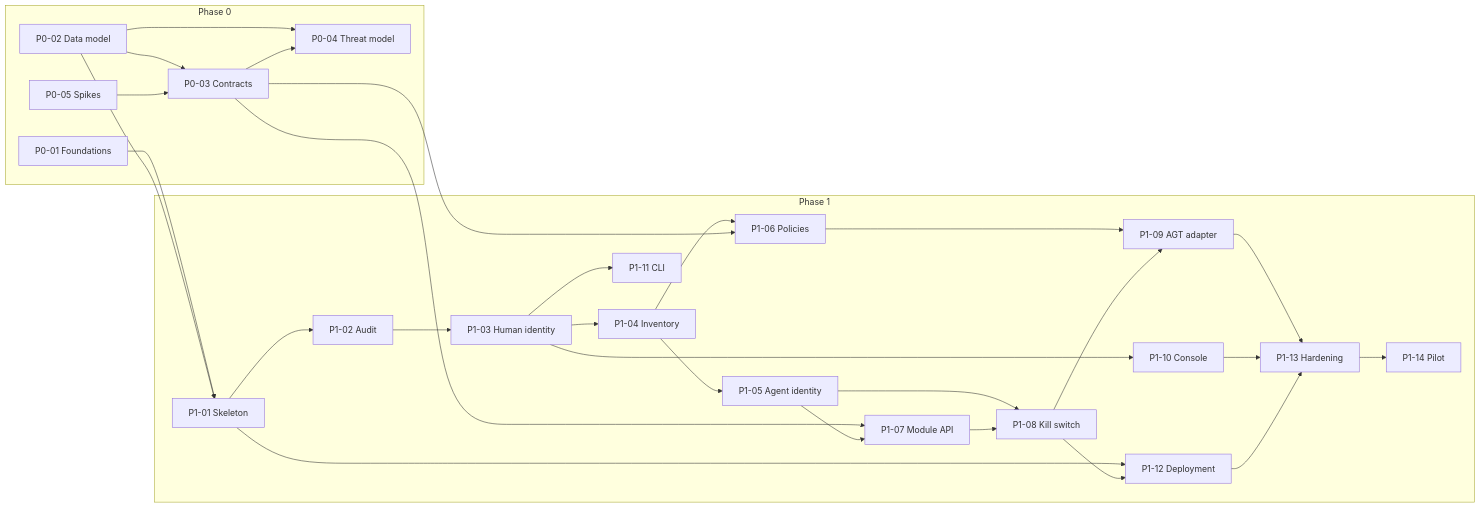
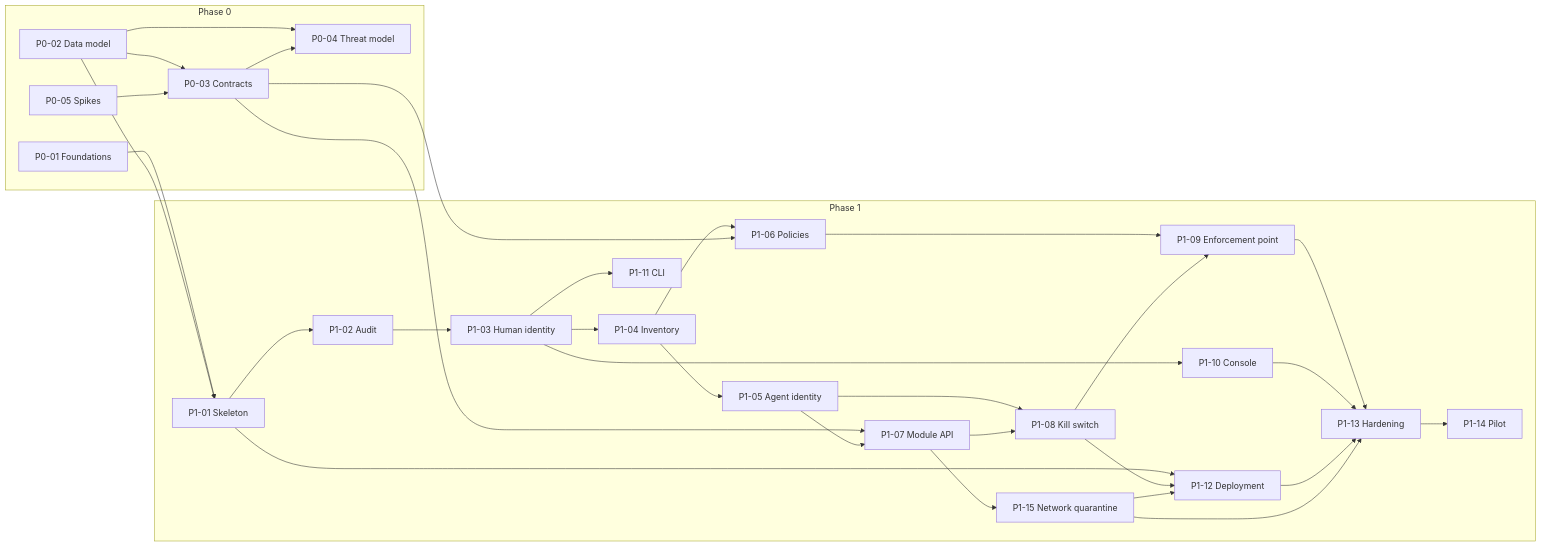
One commit to J466Y/WhiteTower changed the diagram in docs/plans/README.md. Above: the diagram before and after it, drawn with Mermaid. The commit also changed other lines of this file and 35 other files, not shown here.

````diff
--- a/docs/plans/README.md
+++ b/docs/plans/README.md
@@ -50,52 +51,56 @@
 ```mermaid
 flowchart LR
     subgraph P0[Phase 0]
         P001[P0-01 Foundations]
         P002[P0-02 Data model]
         P003[P0-03 Contracts]
         P004[P0-04 Threat model]
         P005[P0-05 Spikes]
     end
     subgraph P1[Phase 1]
         P101[P1-01 Skeleton]
         P102[P1-02 Audit]
         P103[P1-03 Human identity]
         P104[P1-04 Inventory]
         P105[P1-05 Agent identity]
         P106[P1-06 Policies]
         P107[P1-07 Module API]
         P108[P1-08 Kill switch]
-        P109[P1-09 AGT adapter]
+        P109[P1-09 Enforcement point]
         P110[P1-10 Console]
         P111[P1-11 CLI]
         P112[P1-12 Deployment]
         P113[P1-13 Hardening]
         P114[P1-14 Pilot]
+        P115[P1-15 Network quarantine]
     end
     P002 --> P003
     P005 --> P003
     P002 --> P004
     P003 --> P004
     P001 --> P101
     P002 --> P101
     P101 --> P102
     P102 --> P103
     P103 --> P104
     P104 --> P105
     P104 --> P106
     P003 --> P106
     P003 --> P107
     P105 --> P107
     P105 --> P108
     P107 --> P108
     P106 --> P109
     P108 --> P109
     P103 --> P110
     P103 --> P111
     P101 --> P112
     P108 --> P112
     P109 --> P113
     P110 --> P113
     P112 --> P113
     P113 --> P114
+    P107 --> P115
+    P115 --> P112
+    P115 --> P113
 ```
````
